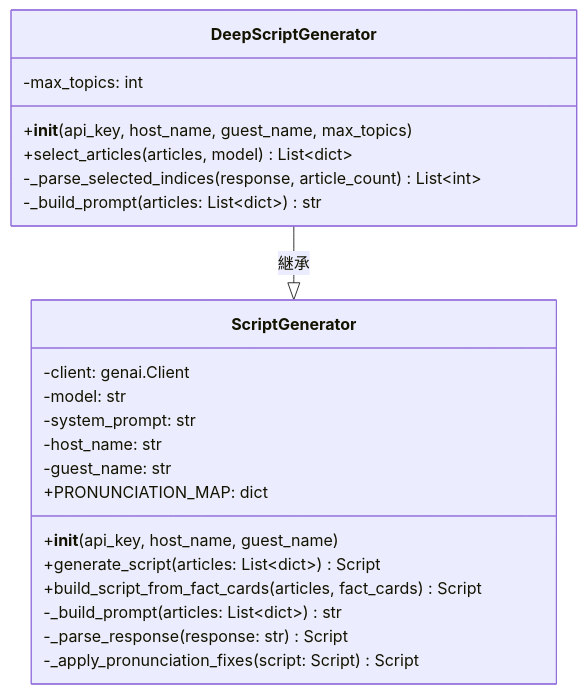
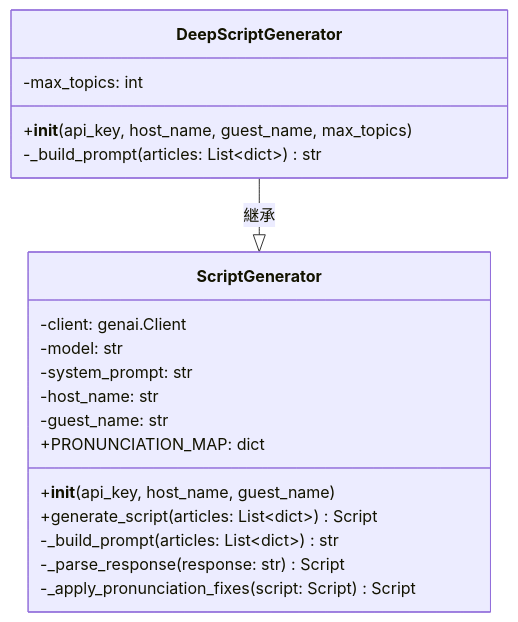
One commit to necoha/auto-podcast changed the second of 8 diagrams in docs/LLD.md. Above: the diagram before and after it, drawn with Mermaid. The commit also changed other lines of this file and 25 other files, not shown here.

Commit message:
Restore pre-URL Context flow with configurable Gemini models

````diff
--- a/docs/LLD.md
+++ b/docs/LLD.md
@@ -65,27 +63,24 @@
 ```mermaid
 classDiagram
     class ScriptGenerator {
         -client: genai.Client
         -model: str
         -system_prompt: str
         -host_name: str
         -guest_name: str
         +PRONUNCIATION_MAP: dict
         +__init__(api_key, host_name, guest_name)
         +generate_script(articles: List~dict~) Script
-        +build_script_from_fact_cards(articles, fact_cards) Script
         -_build_prompt(articles: List~dict~) str
         -_parse_response(response: str) Script
         -_apply_pronunciation_fixes(script: Script) Script
     }
 
     class DeepScriptGenerator {
         -max_topics: int
         +__init__(api_key, host_name, guest_name, max_topics)
-        +select_articles(articles, model) List~dict~
-        -_parse_selected_indices(response, article_count) List~int~
         -_build_prompt(articles: List~dict~) str
     }
 
     DeepScriptGenerator --|> ScriptGenerator : 継承
 ```
````
